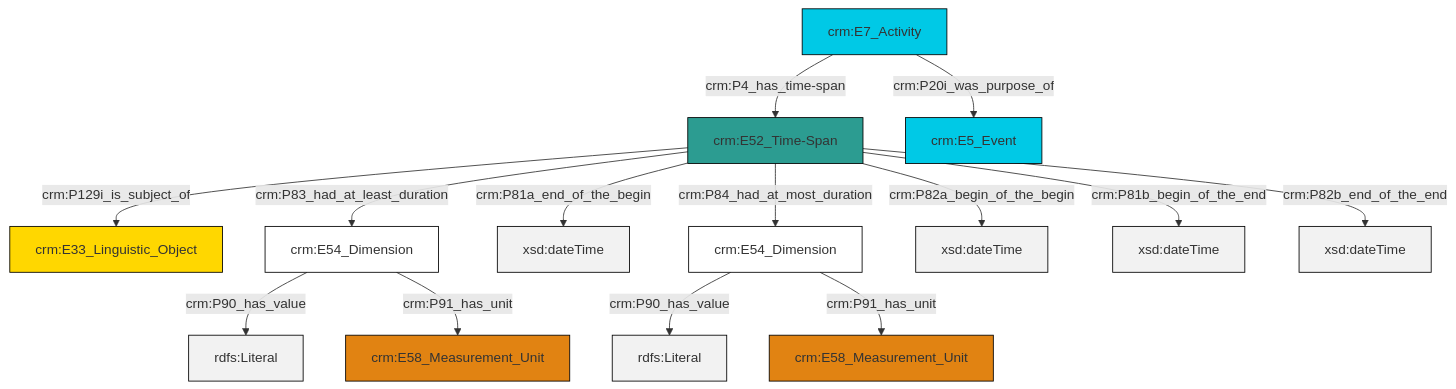
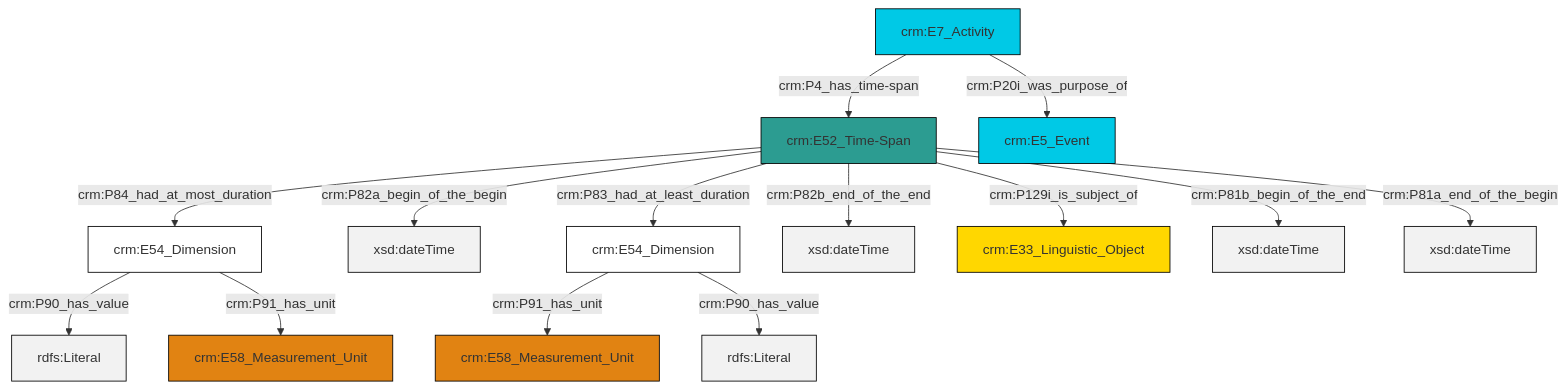
Before and after one commit to swiss-art-research-net/docs.swissartresearch: the diagram in et/eventCSV/ttl/mmd/event_existence.ttl.mmd, drawn with Mermaid. The commit also changed 179 other files, not shown here.

```diff
--- a/et/eventCSV/ttl/mmd/event_existence.ttl.mmd
+++ b/et/eventCSV/ttl/mmd/event_existence.ttl.mmd
@@ -1,28 +1,28 @@
 graph TD
 classDef Literal fill:#f2f2f2,stroke:#000000;
 classDef CRM_Entity fill:#FFFFFF,stroke:#000000;
 classDef Temporal_Entity fill:#00C9E6, stroke:#000000;
 classDef Type fill:#E18312, stroke:#000000;
 classDef Time-Span fill:#2C9C91, stroke:#000000;
 classDef Appellation fill:#FFEB7F, stroke:#000000;
 classDef Place fill:#008836, stroke:#000000;
 classDef Persistent_Item fill:#B266B2, stroke:#000000;
 classDef Conceptual_Object fill:#FFD700, stroke:#000000;
 classDef Physical_Thing fill:#D2B48C, stroke:#000000;
 classDef Actor fill:#f58aad, stroke:#000000;
 classDef PC_Classes fill:#4ce600, stroke:#000000;
 classDef Multi fill:#cccccc,stroke:#000000;
 
-0["crm:E52_Time-Span"]:::Time-Span -->|crm:P129i_is_subject_of| 1["crm:E33_Linguistic_Object"]:::Conceptual_Object
-0["crm:E52_Time-Span"]:::Time-Span -->|crm:P83_had_at_least_duration| 2["crm:E54_Dimension"]:::CRM_Entity
-0["crm:E52_Time-Span"]:::Time-Span -->|crm:P81a_end_of_the_begin| 3[xsd:dateTime]:::Literal
-2["crm:E54_Dimension"]:::CRM_Entity -->|crm:P90_has_value| 4[rdfs:Literal]:::Literal
-0["crm:E52_Time-Span"]:::Time-Span -->|crm:P84_had_at_most_duration| 5["crm:E54_Dimension"]:::CRM_Entity
-5["crm:E54_Dimension"]:::CRM_Entity -->|crm:P90_has_value| 10[rdfs:Literal]:::Literal
-12["crm:E7_Activity"]:::Temporal_Entity -->|crm:P20i_was_purpose_of| 13["crm:E5_Event"]:::Temporal_Entity
-12["crm:E7_Activity"]:::Temporal_Entity -->|crm:P4_has_time-span| 0["crm:E52_Time-Span"]:::Time-Span
-2["crm:E54_Dimension"]:::CRM_Entity -->|crm:P91_has_unit| 15["crm:E58_Measurement_Unit"]:::Type
-0["crm:E52_Time-Span"]:::Time-Span -->|crm:P82a_begin_of_the_begin| 18[xsd:dateTime]:::Literal
-5["crm:E54_Dimension"]:::CRM_Entity -->|crm:P91_has_unit| 7["crm:E58_Measurement_Unit"]:::Type
-0["crm:E52_Time-Span"]:::Time-Span -->|crm:P81b_begin_of_the_end| 19[xsd:dateTime]:::Literal
-0["crm:E52_Time-Span"]:::Time-Span -->|crm:P82b_end_of_the_end| 21[xsd:dateTime]:::Literal
+0["crm:E52_Time-Span"]:::Time-Span -->|crm:P84_had_at_most_duration| 1["crm:E54_Dimension"]:::CRM_Entity
+0["crm:E52_Time-Span"]:::Time-Span -->|crm:P82a_begin_of_the_begin| 2[xsd:dateTime]:::Literal
+1["crm:E54_Dimension"]:::CRM_Entity -->|crm:P90_has_value| 3[rdfs:Literal]:::Literal
+0["crm:E52_Time-Span"]:::Time-Span -->|crm:P82b_end_of_the_end| 6[xsd:dateTime]:::Literal
+0["crm:E52_Time-Span"]:::Time-Span -->|crm:P81b_begin_of_the_end| 14[xsd:dateTime]:::Literal
+4["crm:E54_Dimension"]:::CRM_Entity -->|crm:P91_has_unit| 15["crm:E58_Measurement_Unit"]:::Type
+4["crm:E54_Dimension"]:::CRM_Entity -->|crm:P90_has_value| 16[rdfs:Literal]:::Literal
+0["crm:E52_Time-Span"]:::Time-Span -->|crm:P129i_is_subject_of| 12["crm:E33_Linguistic_Object"]:::Conceptual_Object
+0["crm:E52_Time-Span"]:::Time-Span -->|crm:P81a_end_of_the_begin| 17[xsd:dateTime]:::Literal
+7["crm:E7_Activity"]:::Temporal_Entity -->|crm:P20i_was_purpose_of| 18["crm:E5_Event"]:::Temporal_Entity
+1["crm:E54_Dimension"]:::CRM_Entity -->|crm:P91_has_unit| 10["crm:E58_Measurement_Unit"]:::Type
+0["crm:E52_Time-Span"]:::Time-Span -->|crm:P83_had_at_least_duration| 4["crm:E54_Dimension"]:::CRM_Entity
+7["crm:E7_Activity"]:::Temporal_Entity -->|crm:P4_has_time-span| 0["crm:E52_Time-Span"]:::Time-Span
```
